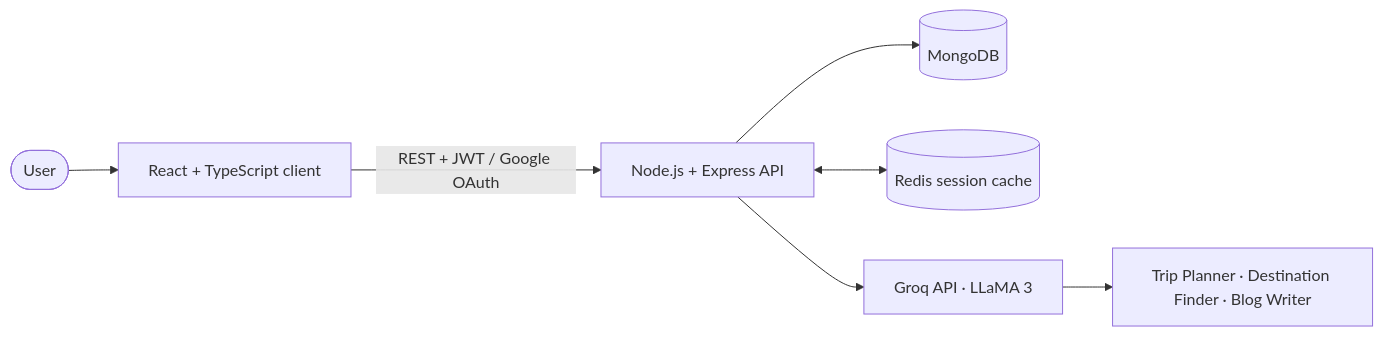
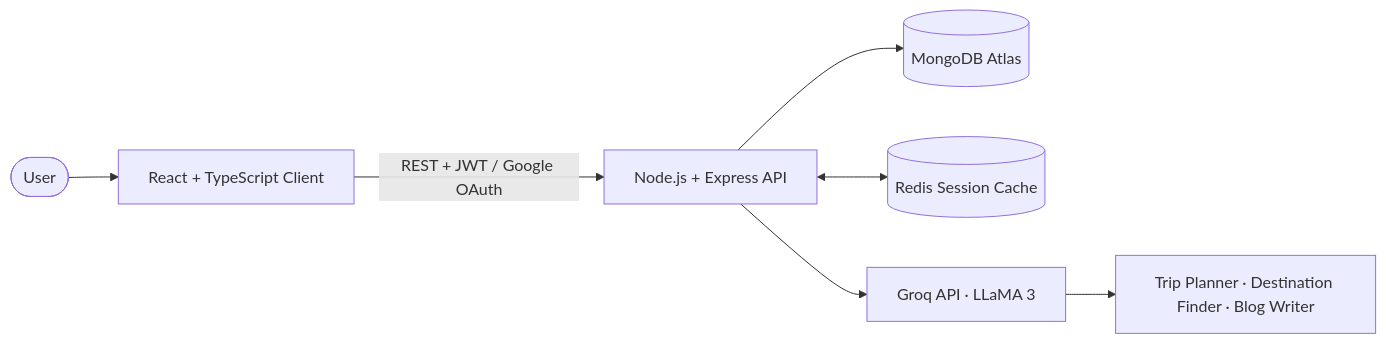
Before and after one commit to SalmanKhan123-dev/SalmanKhan123-dev: the first of 2 diagrams in README.md, drawn with Mermaid. The commit also changed other lines of this file, not shown here.

````diff
--- a/README.md
+++ b/README.md
@@ -166,9 +126,9 @@
 ```mermaid
 flowchart LR
-    U([User]) --> C[React + TypeScript client]
+    U([User]) --> C[React + TypeScript Client]
     C -->|REST + JWT / Google OAuth| A[Node.js + Express API]
-    A --> M[(MongoDB)]
-    A <--> R[(Redis session cache)]
+    A --> M[(MongoDB Atlas)]
+    A <--> R[(Redis Session Cache)]
     A --> G[Groq API · LLaMA 3]
     G --> F[Trip Planner · Destination Finder · Blog Writer]
 ```
````
